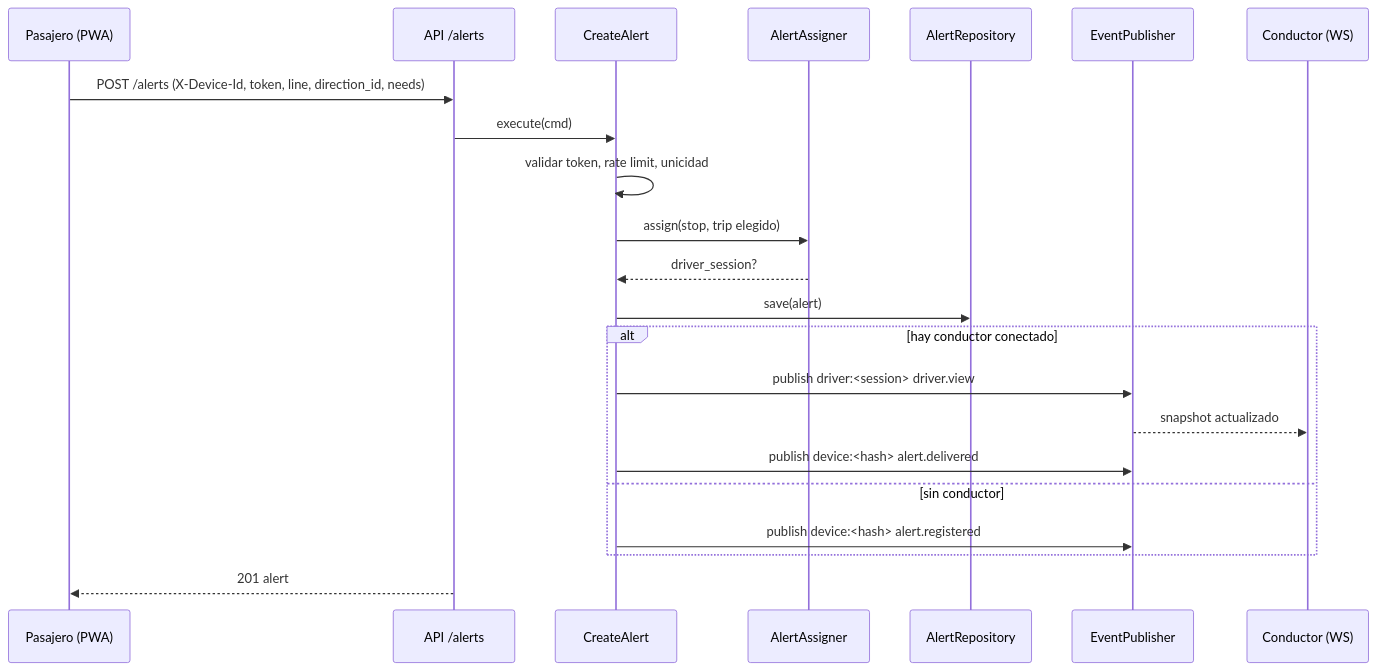
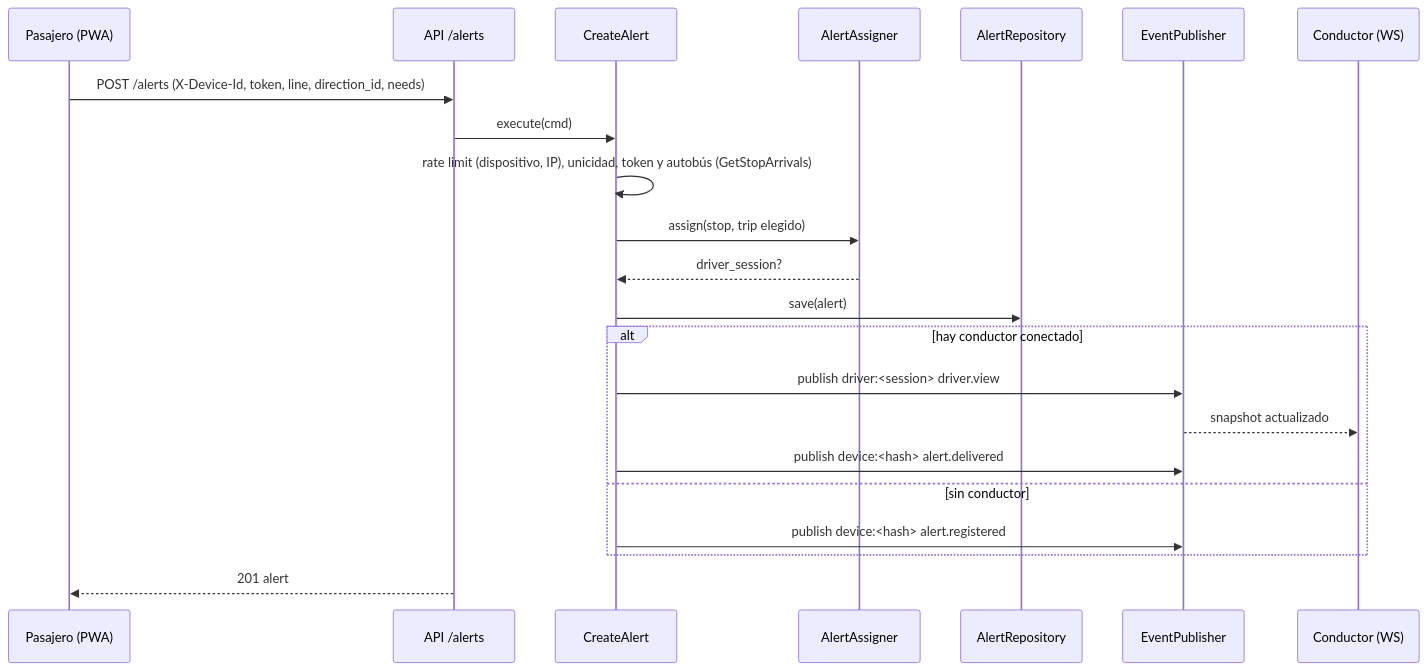
Before and after one commit to yeddar/avisabus: the fourth of 5 diagrams in docs/architecture.md, drawn with Mermaid. The commit also changed other lines of this file and 15 other files, not shown here.

````diff
--- a/docs/architecture.md
+++ b/docs/architecture.md
@@ -212,24 +213,24 @@
 ```mermaid
 sequenceDiagram
   participant PA as Pasajero (PWA)
   participant API as API /alerts
   participant UC as CreateAlert
   participant AS as AlertAssigner
   participant REPO as AlertRepository
   participant EV as EventPublisher
   participant DR as Conductor (WS)
   PA->>API: POST /alerts (X-Device-Id, token, line, direction_id, needs)
   API->>UC: execute(cmd)
-  UC->>UC: validar token, rate limit, unicidad
+  UC->>UC: rate limit (dispositivo, IP), unicidad, token y autobús (GetStopArrivals)
   UC->>AS: assign(stop, trip elegido)
   AS-->>UC: driver_session?
   UC->>REPO: save(alert)
   alt hay conductor conectado
     UC->>EV: publish driver:<session> driver.view
     EV-->>DR: snapshot actualizado
     UC->>EV: publish device:<hash> alert.delivered
   else sin conductor
     UC->>EV: publish device:<hash> alert.registered
   end
   API-->>PA: 201 alert
 ```
````
